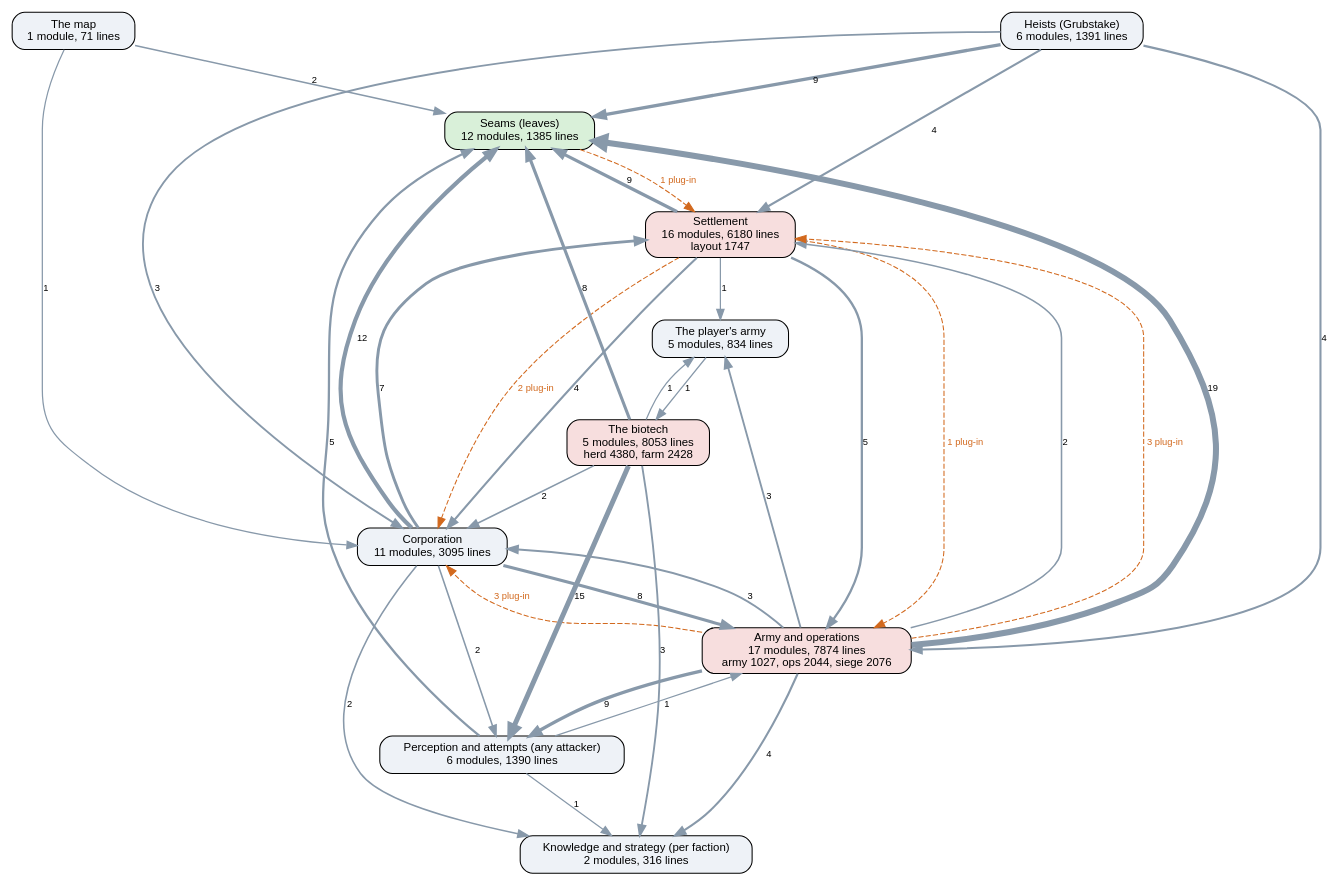
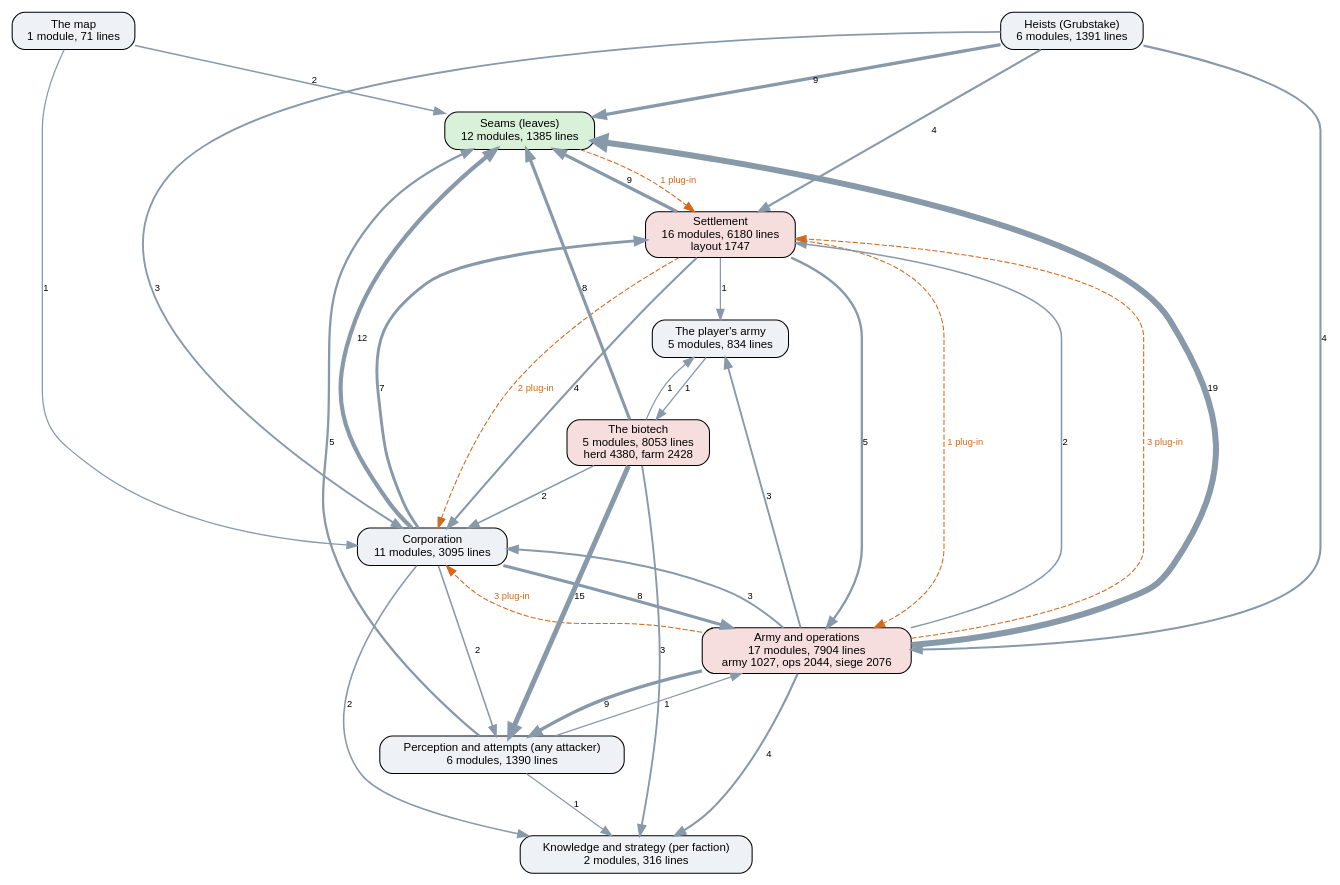
The diagram in docs/ai-layers.dot (kinelhu/landing-party), drawn with Graphviz before and after one commit. The commit also changed 19 other files, not shown here.

```diff
--- a/docs/ai-layers.dot
+++ b/docs/ai-layers.dot
@@ -1,50 +1,50 @@
 digraph layers {
   graph [rankdir=TB, fontname="Helvetica", nodesep=0.5, ranksep=0.7];
   node [shape=box, style="rounded,filled", fontname="Helvetica", fontsize=11, fillcolor="#eef2f7"];
   edge [color="#8899aa", fontname="Helvetica", fontsize=9];
   "Seams (leaves)" [label="Seams (leaves)\n12 modules, 1385 lines", fillcolor="#d9f0d9"];
   "Perception and attempts (any attacker)" [label="Perception and attempts (any attacker)\n6 modules, 1390 lines", fillcolor="#eef2f7"];
   "Knowledge and strategy (per faction)" [label="Knowledge and strategy (per faction)\n2 modules, 316 lines", fillcolor="#eef2f7"];
   "Corporation" [label="Corporation\n11 modules, 3095 lines", fillcolor="#eef2f7"];
   "Settlement" [label="Settlement\n16 modules, 6180 lines\nlayout 1747", fillcolor="#f7dede"];
-  "Army and operations" [label="Army and operations\n17 modules, 7874 lines\narmy 1027, ops 2044, siege 2076", fillcolor="#f7dede"];
+  "Army and operations" [label="Army and operations\n17 modules, 7904 lines\narmy 1027, ops 2044, siege 2076", fillcolor="#f7dede"];
   "Heists (Grubstake)" [label="Heists (Grubstake)\n6 modules, 1391 lines", fillcolor="#eef2f7"];
   "The biotech" [label="The biotech\n5 modules, 8053 lines\nherd 4380, farm 2428", fillcolor="#f7dede"];
   "The map" [label="The map\n1 module, 71 lines", fillcolor="#eef2f7"];
   "The player's army" [label="The player's army\n5 modules, 834 lines", fillcolor="#eef2f7"];
   "Army and operations" -> "Corporation" [label="3", penwidth=1.8];
   "Army and operations" -> "Knowledge and strategy (per faction)" [label="4", penwidth=2.0];
   "Army and operations" -> "Perception and attempts (any attacker)" [label="9", penwidth=3.2];
   "Army and operations" -> "Seams (leaves)" [label="19", penwidth=5.8];
   "Army and operations" -> "Settlement" [label="2", penwidth=1.5];
   "Army and operations" -> "The player's army" [label="3", penwidth=1.8];
   "Corporation" -> "Army and operations" [label="8", penwidth=3.0];
   "Corporation" -> "Knowledge and strategy (per faction)" [label="2", penwidth=1.5];
   "Corporation" -> "Perception and attempts (any attacker)" [label="2", penwidth=1.5];
   "Corporation" -> "Seams (leaves)" [label="12", penwidth=4.0];
   "Corporation" -> "Settlement" [label="7", penwidth=2.8];
   "Heists (Grubstake)" -> "Army and operations" [label="4", penwidth=2.0];
   "Heists (Grubstake)" -> "Corporation" [label="3", penwidth=1.8];
   "Heists (Grubstake)" -> "Seams (leaves)" [label="9", penwidth=3.2];
   "Heists (Grubstake)" -> "Settlement" [label="4", penwidth=2.0];
   "Perception and attempts (any attacker)" -> "Army and operations" [label="1", penwidth=1.2];
   "Perception and attempts (any attacker)" -> "Knowledge and strategy (per faction)" [label="1", penwidth=1.2];
   "Perception and attempts (any attacker)" -> "Seams (leaves)" [label="5", penwidth=2.2];
   "Settlement" -> "Army and operations" [label="5", penwidth=2.2];
   "Settlement" -> "Corporation" [label="4", penwidth=2.0];
   "Settlement" -> "Seams (leaves)" [label="9", penwidth=3.2];
   "Settlement" -> "The player's army" [label="1", penwidth=1.2];
   "The biotech" -> "Corporation" [label="2", penwidth=1.5];
   "The biotech" -> "Knowledge and strategy (per faction)" [label="3", penwidth=1.8];
   "The biotech" -> "Perception and attempts (any attacker)" [label="15", penwidth=4.8];
   "The biotech" -> "Seams (leaves)" [label="8", penwidth=3.0];
   "The biotech" -> "The player's army" [label="1", penwidth=1.2];
   "The map" -> "Corporation" [label="1", penwidth=1.2];
   "The map" -> "Seams (leaves)" [label="2", penwidth=1.5];
   "The player's army" -> "The biotech" [label="1", penwidth=1.2];
   "Army and operations" -> "Corporation" [style=dashed, color="#d2691e", fontcolor="#d2691e", label="3 plug-in"];
   "Army and operations" -> "Settlement" [style=dashed, color="#d2691e", fontcolor="#d2691e", label="3 plug-in"];
   "Seams (leaves)" -> "Settlement" [style=dashed, color="#d2691e", fontcolor="#d2691e", label="1 plug-in"];
   "Settlement" -> "Army and operations" [style=dashed, color="#d2691e", fontcolor="#d2691e", label="1 plug-in"];
   "Settlement" -> "Corporation" [style=dashed, color="#d2691e", fontcolor="#d2691e", label="2 plug-in"];
 }
```
